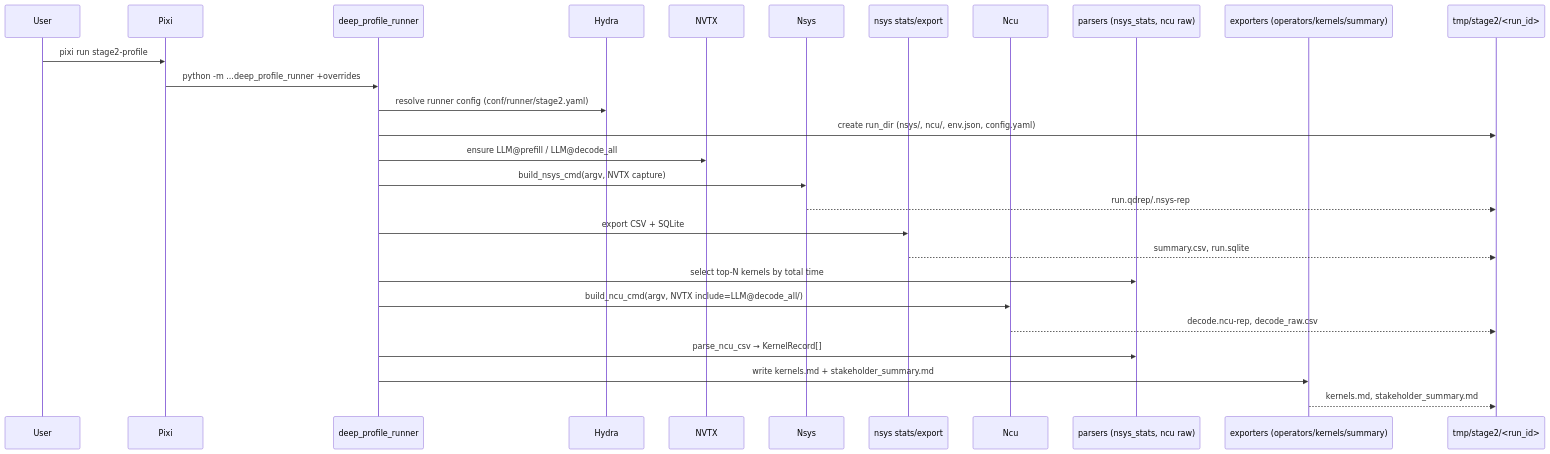
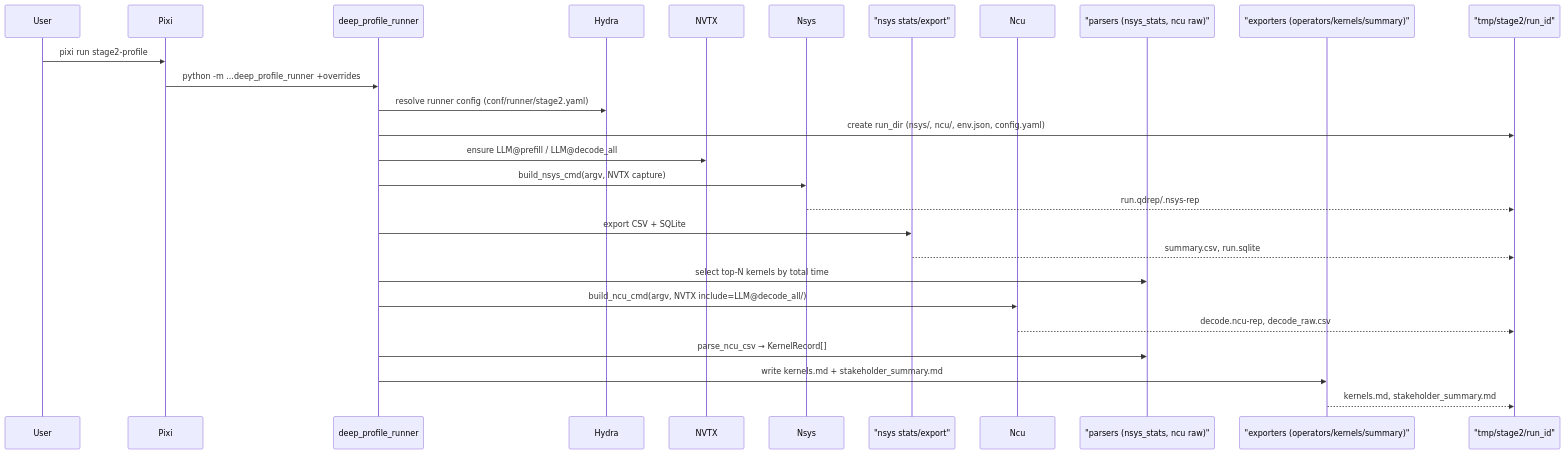
The first of 6 diagrams in context/tasks/002-nvidia-llm-profiling/impl-integrate-phases.md (CodeGandee/llm-perf-opt), drawn with Mermaid before and after one commit. The commit also changed 1 other file, not shown here.

Commit message:
docs(stage2): document Stage 2 ↔ Stage 1 relationship (separate artifacts, code reuse, no default cross-read)

````diff
--- a/context/tasks/002-nvidia-llm-profiling/impl-integrate-phases.md
+++ b/context/tasks/002-nvidia-llm-profiling/impl-integrate-phases.md
@@ -11,30 +11,30 @@
 ```mermaid
 sequenceDiagram
     participant User
     participant Pixi
     participant Runner as deep_profile_runner
     participant Hydra
     participant NVTX
     participant Nsys
-    participant NsysStats as nsys stats/export
+    participant NsysStats as "nsys stats/export"
     participant Ncu
-    participant Parser as parsers (nsys_stats, ncu raw)
-    participant Exporter as exporters (operators/kernels/summary)
-    participant Storage as tmp/stage2/<run_id>
+    participant Parser as "parsers (nsys_stats, ncu raw)"
+    participant Exporter as "exporters (operators/kernels/summary)"
+    participant Storage as "tmp/stage2/run_id"
 
     User->>Pixi: pixi run stage2-profile
     Pixi->>Runner: python -m ...deep_profile_runner +overrides
     Runner->>Hydra: resolve runner config (conf/runner/stage2.yaml)
     Runner->>Storage: create run_dir (nsys/, ncu/, env.json, config.yaml)
     Runner->>NVTX: ensure LLM@prefill / LLM@decode_all
     Runner->>Nsys: build_nsys_cmd(argv, NVTX capture)
     Nsys-->>Storage: run.qdrep/.nsys-rep
     Runner->>NsysStats: export CSV + SQLite
     NsysStats-->>Storage: summary.csv, run.sqlite
     Runner->>Parser: select top‑N kernels by total time
     Runner->>Ncu: build_ncu_cmd(argv, NVTX include=LLM@decode_all/)
     Ncu-->>Storage: decode.ncu-rep, decode_raw.csv
     Runner->>Parser: parse_ncu_csv → KernelRecord[]
     Runner->>Exporter: write kernels.md + stakeholder_summary.md
     Exporter-->>Storage: kernels.md, stakeholder_summary.md
 ```
````
